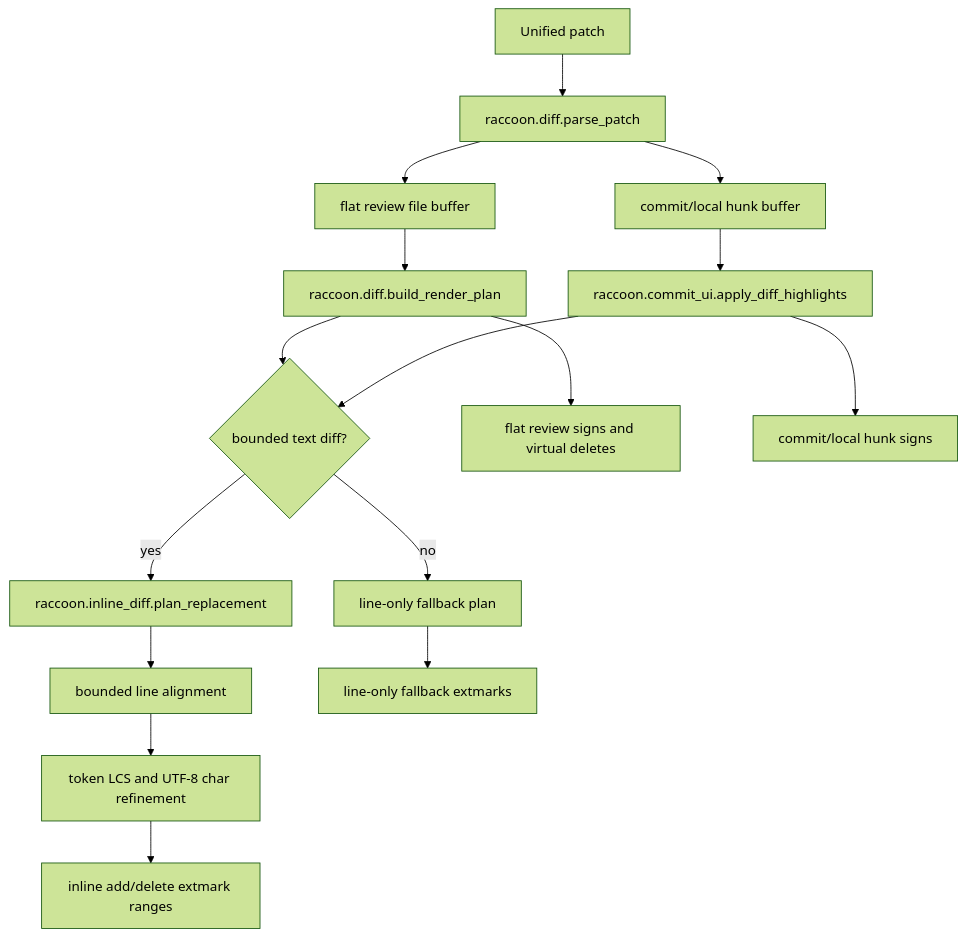
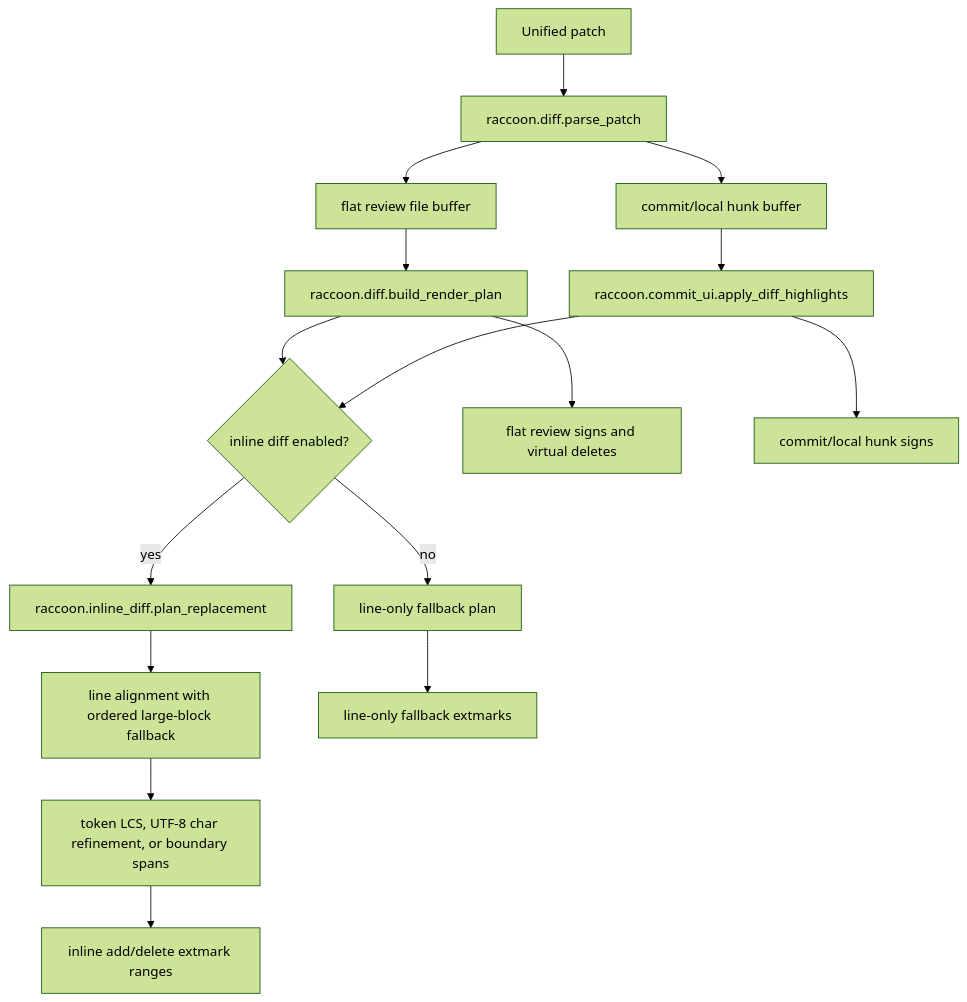
The diagram in ARCHITECTURE_DIFF.md (bajor/nvim-raccoon), drawn with Mermaid (forest theme) before and after one commit. The commit also changed other lines of this file and 5 other files, not shown here.

First line of the commit message:
fix: avoid whole-line fallback for large inline diffs

````diff
--- a/ARCHITECTURE_DIFF.md
+++ b/ARCHITECTURE_DIFF.md
@@ -9,18 +9,18 @@
 ```mermaid
 flowchart TD
     A[Unified patch] --> B[raccoon.diff.parse_patch]
     B --> C[flat review file buffer]
     B --> D[commit/local hunk buffer]
     C --> E[raccoon.diff.build_render_plan]
     D --> F[raccoon.commit_ui.apply_diff_highlights]
-    E --> G{bounded text diff?}
+    E --> G{inline diff enabled?}
     F --> G
     G -->|yes| H[raccoon.inline_diff.plan_replacement]
-    H --> I[bounded line alignment]
-    I --> J[token LCS and UTF-8 char refinement]
+    H --> I[line alignment with ordered large-block fallback]
+    I --> J[token LCS, UTF-8 char refinement, or boundary spans]
     G -->|no| K[line-only fallback plan]
     J --> L[inline add/delete extmark ranges]
     K --> M[line-only fallback extmarks]
     E --> N[flat review signs and virtual deletes]
     F --> O[commit/local hunk signs]
 ```
````
